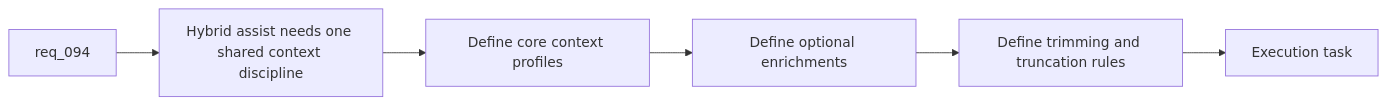
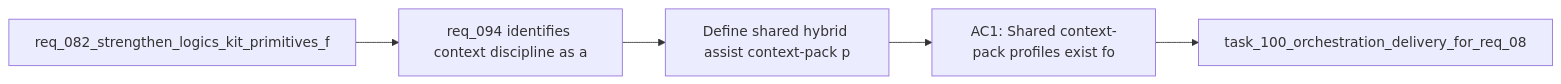
The diagram in logics/backlog/item_153_define_shared_hybrid_assist_context_pack_profiles_enrichment_rules_and_trimming_strategy.md (AlexAgo83/logics-manager), drawn with Mermaid before and after one commit. The commit also changed 481 other files, not shown here.

````diff
--- a/logics/backlog/item_153_define_shared_hybrid_assist_context_pack_profiles_enrichment_rules_and_trimming_strategy.md
+++ b/logics/backlog/item_153_define_shared_hybrid_assist_context_pack_profiles_enrichment_rules_and_trimming_strategy.md
@@ -28,10 +28,9 @@
 ```mermaid
 %% logics-kind: backlog
 %% logics-signature: backlog|define-shared-hybrid-assist-context-pack|req-082-strengthen-logics-kit-primitives|req-094-identifies-context-discipline-as|ac1-shared-context-pack-profiles-exist-f
 flowchart LR
-    Request[req_094] --> Problem[Hybrid assist needs one shared context discipline]
-    Problem --> Core[Define core context profiles]
-    Core --> Enrich[Define optional enrichments]
-    Enrich --> Trim[Define trimming and truncation rules]
-    Trim --> Done[Execution task]
+    Request[req_082_strengthen_logics_kit_primitives_f] --> Problem[req_094 identifies context discipline as a]
+    Problem --> Scope[Define shared hybrid assist context-pack p]
+    Scope --> Acceptance[AC1: Shared context-pack profiles exist fo]
+    Acceptance --> Tasks[task_100_orchestration_delivery_for_req_08]
 ```
````
